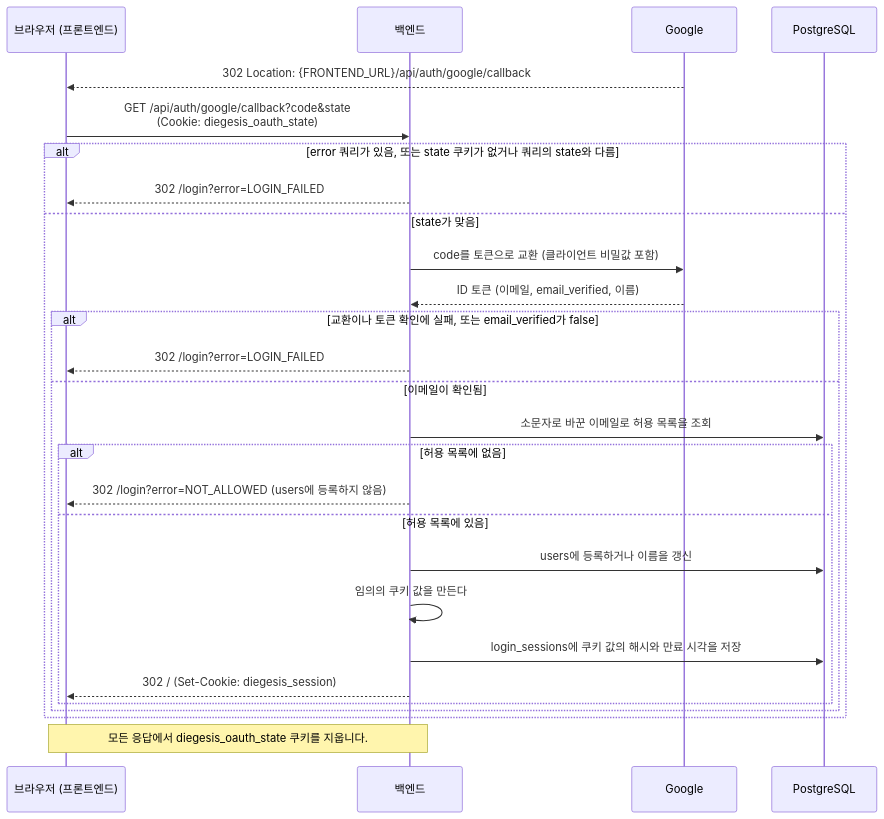
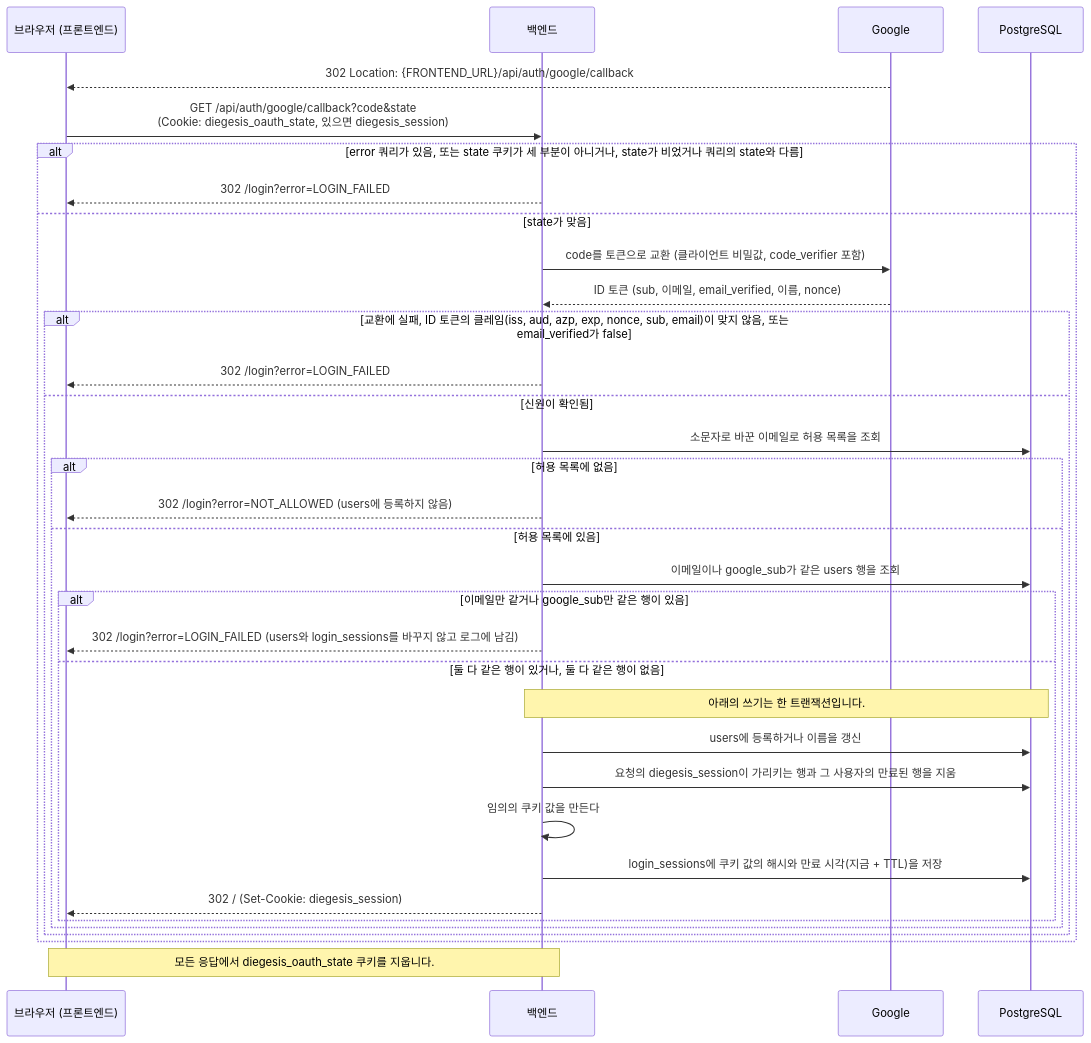
The third of 5 diagrams in docs/API.md (diegesis-labs/BE), drawn with Mermaid before and after one commit. The commit also changed other lines of this file and 12 other files, not shown here.

````diff
--- a/docs/API.md
+++ b/docs/API.md
@@ -248,30 +280,37 @@
     ```mermaid
     sequenceDiagram
       participant B as 브라우저 (프론트엔드)
       participant BE as 백엔드
       participant G as Google
       participant DB as PostgreSQL
 
       G-->>B: 302 Location: {FRONTEND_URL}/api/auth/google/callback
-      B->>BE: GET /api/auth/google/callback?code&state<br/>(Cookie: diegesis_oauth_state)
-      alt error 쿼리가 있음, 또는 state 쿠키가 없거나 쿼리의 state와 다름
+      B->>BE: GET /api/auth/google/callback?code&state<br/>(Cookie: diegesis_oauth_state, 있으면 diegesis_session)
+      alt error 쿼리가 있음, 또는 state 쿠키가 세 부분이 아니거나, state가 비었거나 쿼리의 state와 다름
         BE-->>B: 302 /login?error=LOGIN_FAILED
       else state가 맞음
-        BE->>G: code를 토큰으로 교환 (클라이언트 비밀값 포함)
-        G-->>BE: ID 토큰 (이메일, email_verified, 이름)
-        alt 교환이나 토큰 확인에 실패, 또는 email_verified가 false
+        BE->>G: code를 토큰으로 교환 (클라이언트 비밀값, code_verifier 포함)
+        G-->>BE: ID 토큰 (sub, 이메일, email_verified, 이름, nonce)
+        alt 교환에 실패, ID 토큰의 클레임(iss, aud, azp, exp, nonce, sub, email)이 맞지 않음, 또는 email_verified가 false
           BE-->>B: 302 /login?error=LOGIN_FAILED
-        else 이메일이 확인됨
+        else 신원이 확인됨
           BE->>DB: 소문자로 바꾼 이메일로 허용 목록을 조회
           alt 허용 목록에 없음
             BE-->>B: 302 /login?error=NOT_ALLOWED (users에 등록하지 않음)
           else 허용 목록에 있음
-            BE->>DB: users에 등록하거나 이름을 갱신
-            BE->>BE: 임의의 쿠키 값을 만든다
-            BE->>DB: login_sessions에 쿠키 값의 해시와 만료 시각을 저장
-            BE-->>B: 302 / (Set-Cookie: diegesis_session)
+            BE->>DB: 이메일이나 google_sub가 같은 users 행을 조회
+            alt 이메일만 같거나 google_sub만 같은 행이 있음
+              BE-->>B: 302 /login?error=LOGIN_FAILED (users와 login_sessions를 바꾸지 않고 로그에 남김)
+            else 둘 다 같은 행이 있거나, 둘 다 같은 행이 없음
+              Note over BE,DB: 아래의 쓰기는 한 트랜잭션입니다.
+              BE->>DB: users에 등록하거나 이름을 갱신
+              BE->>DB: 요청의 diegesis_session이 가리키는 행과 그 사용자의 만료된 행을 지움
+              BE->>BE: 임의의 쿠키 값을 만든다
+              BE->>DB: login_sessions에 쿠키 값의 해시와 만료 시각(지금 + TTL)을 저장
+              BE-->>B: 302 / (Set-Cookie: diegesis_session)
+            end
           end
         end
       end
       Note over B,BE: 모든 응답에서 diegesis_oauth_state 쿠키를 지웁니다.
     ```
````
